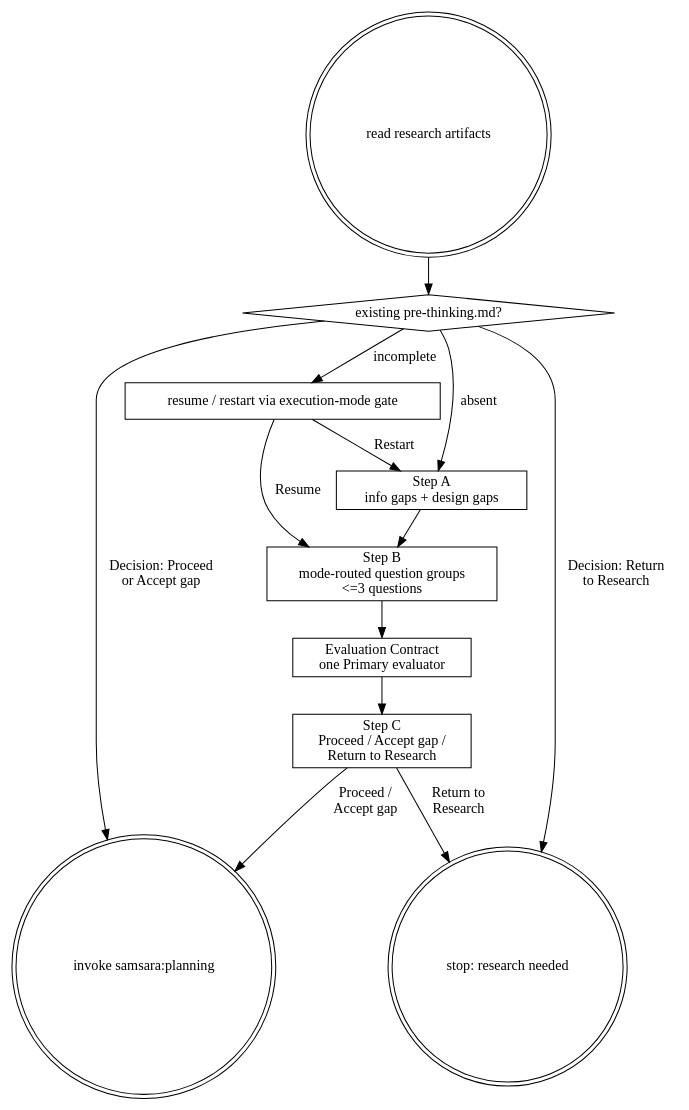
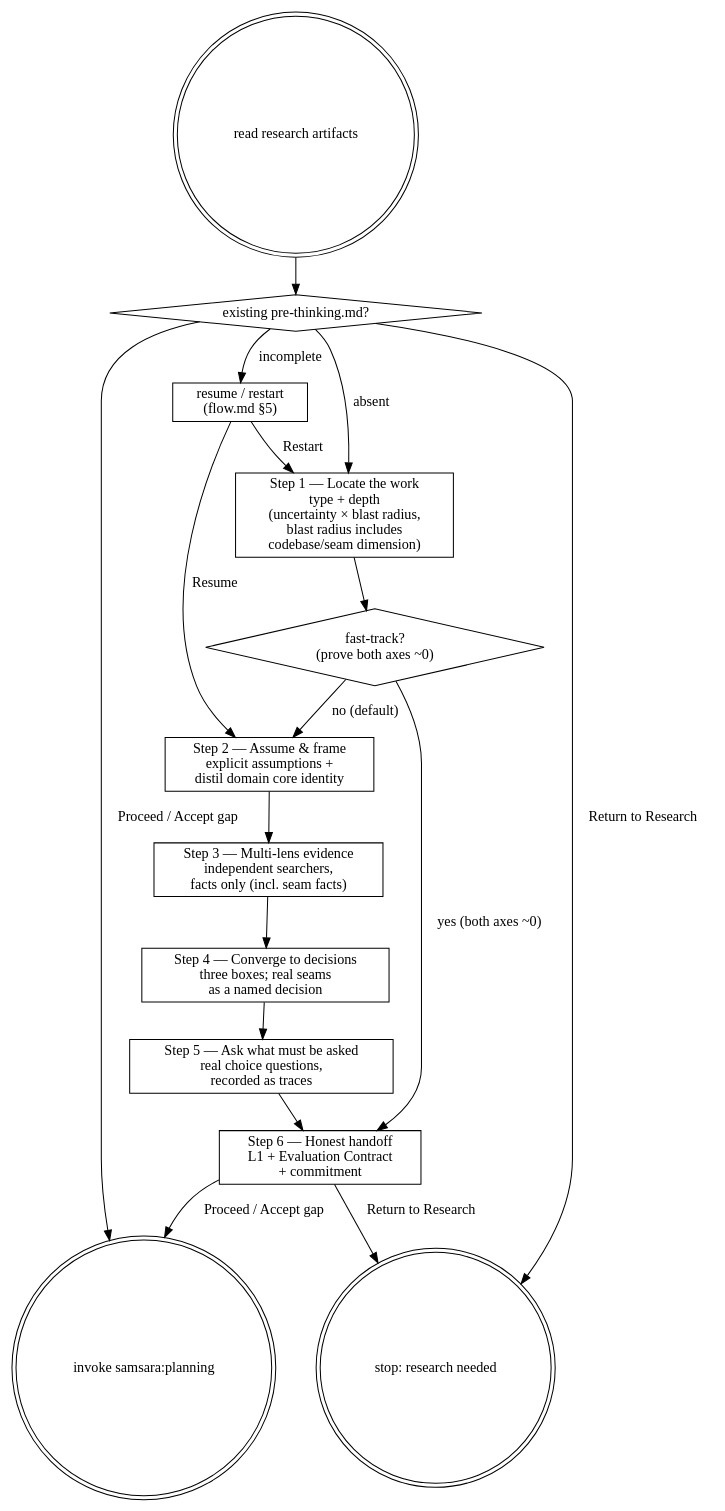
One commit to roymondliao/samsara changed the diagram in skills/pre-thinking/SKILL.md. Above: the diagram before and after it, drawn with Graphviz. The commit also changed other lines of this file and 6 other files, not shown here.

````diff
--- a/skills/pre-thinking/SKILL.md
+++ b/skills/pre-thinking/SKILL.md
@@ -18,27 +22,34 @@
 ```dot
 digraph pre_thinking {
     node [shape=box];
     start [label="read research artifacts" shape=doublecircle];
     k3b [label="existing pre-thinking.md?" shape=diamond];
-    recover [label="resume / restart via execution-mode gate"];
-    map [label="Step A\ninfo gaps + design gaps"];
-    ask [label="Step B\nmode-routed question groups\n<=3 questions"];
-    eval [label="Evaluation Contract\none Primary evaluator"];
-    commit [label="Step C\nProceed / Accept gap /\nReturn to Research"];
+    recover [label="resume / restart\n(flow.md §5)"];
+    s1 [label="Step 1 — Locate the work\ntype + depth\n(uncertainty × blast radius,\nblast radius includes\ncodebase/seam dimension)"];
+    ft [label="fast-track?\n(prove both axes ~0)" shape=diamond];
+    s2 [label="Step 2 — Assume & frame\nexplicit assumptions +\ndistil domain core identity"];
+    s3 [label="Step 3 — Multi-lens evidence\nindependent searchers,\nfacts only (incl. seam facts)"];
+    s4 [label="Step 4 — Converge to decisions\nthree boxes; real seams\nas a named decision"];
+    s5 [label="Step 5 — Ask what must be asked\nreal choice questions,\nrecorded as traces"];
+    s6 [label="Step 6 — Honest handoff\nL1 + Evaluation Contract\n+ commitment"];
     planning [label="invoke samsara:planning" shape=doublecircle];
     stop [label="stop: research needed" shape=doublecircle];
 
     start -> k3b;
     k3b -> recover [label="incomplete"];
-    k3b -> planning [label="Decision: Proceed\nor Accept gap"];
-    k3b -> stop [label="Decision: Return\nto Research"];
-    k3b -> map [label="absent"];
-    recover -> ask [label="Resume"];
-    recover -> map [label="Restart"];
-    map -> ask;
-    ask -> eval;
-    eval -> commit;
-    commit -> planning [label="Proceed /\nAccept gap"];
-    commit -> stop [label="Return to\nResearch"];
+    k3b -> planning [label="Proceed / Accept gap"];
+    k3b -> stop [label="Return to Research"];
+    k3b -> s1 [label="absent"];
+    recover -> s2 [label="Resume"];
+    recover -> s1 [label="Restart"];
+    s1 -> ft;
+    ft -> s6 [label="yes (both axes ~0)"];
+    ft -> s2 [label="no (default)"];
+    s2 -> s3;
+    s3 -> s4;
+    s4 -> s5;
+    s5 -> s6;
+    s6 -> planning [label="Proceed / Accept gap"];
+    s6 -> stop [label="Return to Research"];
 }
 ```
````
